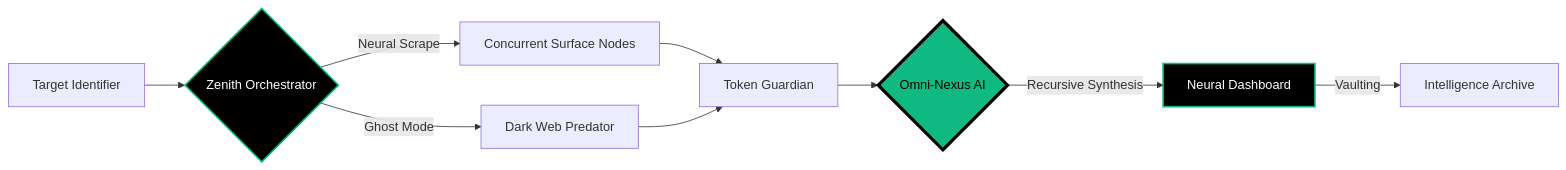
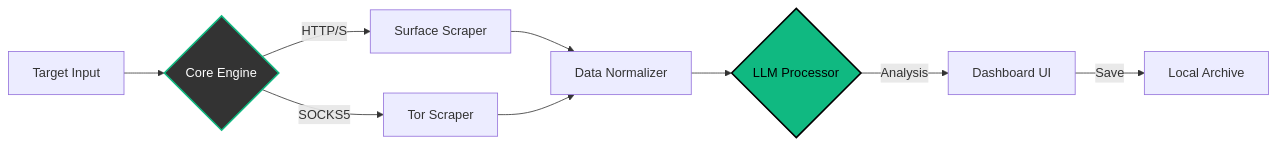
One commit to cipher-attack/cipher-osint changed the diagram in readme.md. Above: the diagram before and after it, drawn with Mermaid. The commit also changed other lines of this file, not shown here.

````diff
--- a/readme.md
+++ b/readme.md
@@ -62,14 +65,13 @@
 ```mermaid
 graph LR
-    A[Target Identifier] --> B{Zenith Orchestrator}
-    B -->|Neural Scrape| C[Concurrent Surface Nodes]
-    B -->|Ghost Mode| D[Dark Web Predator]
-    C --> E[Token Guardian]
+    A[Target Input] --> B{Core Engine}
+    B -->|HTTP/S| C[Surface Scraper]
+    B -->|SOCKS5| D[Tor Scraper]
+    C --> E[Data Normalizer]
     D --> E
-    E --> F{Omni-Nexus AI}
-    F -->|Recursive Synthesis| G[Neural Dashboard]
-    G -->|Vaulting| H[Intelligence Archive]
-    style B fill:#000,stroke:#10b981,stroke-width:2px,color:#fff
-    style F fill:#10b981,stroke:#000,stroke-width:4px,color:#000
-    style G fill:#000,stroke:#10b981,stroke-width:2px,color:#fff
+    E --> F{LLM Processor}
+    F -->|Analysis| G[Dashboard UI]
+    G -->|Save| H[Local Archive]
+    style B fill:#333,stroke:#10b981,stroke-width:2px,color:#fff
+    style F fill:#10b981,stroke:#000,stroke-width:2px,color:#000
 ```
````
